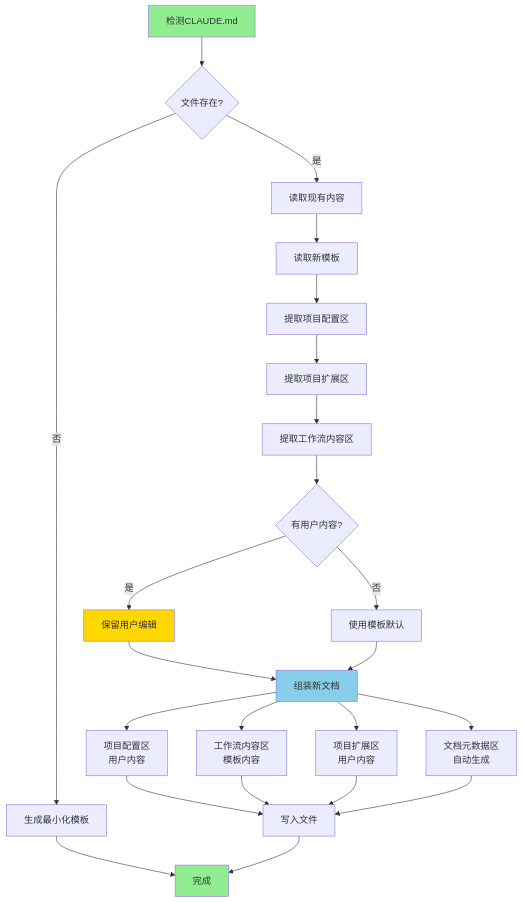
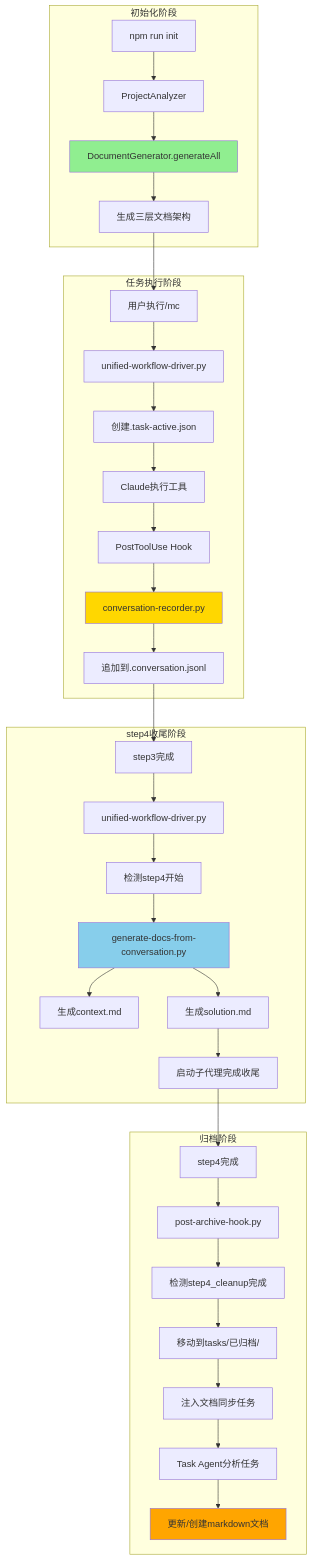
The fourth of 4 diagrams in docs/developer/文档生成器.md (jju666/NeteaseMod-Claude), drawn with Mermaid before and after one commit. The commit also changed other lines of this file and 23 other files, not shown here.

````diff
--- a/docs/developer/文档生成器.md
+++ b/docs/developer/文档生成器.md
@@ -515,39 +520,44 @@
 ```mermaid
 graph TB
-    Start[检测CLAUDE.md] --> Exists{文件存在?}
+    subgraph "初始化阶段"
+        A1[npm run init] --> A2[ProjectAnalyzer]
+        A2 --> A3[DocumentGenerator.generateAll]
+        A3 --> A4[生成三层文档架构]
+    end
 
-    Exists -->|否| GenMinimal[生成最小化模板]
-    GenMinimal --> End[完成]
+    subgraph "任务执行阶段"
+        B1[用户执行/mc] --> B2[unified-workflow-driver.py]
+        B2 --> B3[创建.task-active.json]
+        B3 --> B4[Claude执行工具]
+        B4 --> B5[PostToolUse Hook]
+        B5 --> B6[conversation-recorder.py]
+        B6 --> B7[追加到.conversation.jsonl]
+    end
 
-    Exists -->|是| ReadExisting[读取现有内容]
-    ReadExisting --> ReadTemplate[读取新模板]
+    subgraph "step4收尾阶段"
+        C1[step3完成] --> C2[unified-workflow-driver.py]
+        C2 --> C3[检测step4开始]
+        C3 --> C4[generate-docs-from-conversation.py]
+        C4 --> C5[生成context.md]
+        C4 --> C6[生成solution.md]
+        C6 --> C7[启动子代理完成收尾]
+    end
 
-    ReadTemplate --> Extract1[提取项目配置区]
-    Extract1 --> Extract2[提取项目扩展区]
-    Extract2 --> Extract3[提取工作流内容区]
+    subgraph "归档阶段"
+        D1[step4完成] --> D2[post-archive-hook.py]
+        D2 --> D3[检测step4_cleanup完成]
+        D3 --> D4[移动到tasks/已归档/]
+        D4 --> D5[注入文档同步任务]
+        D5 --> D6[Task Agent分析任务]
+        D6 --> D7[更新/创建markdown文档]
+    end
 
-    Extract3 --> CheckUserContent{有用户内容?}
+    A4 --> B1
+    B7 --> C1
+    C7 --> D1
 
-    CheckUserContent -->|是| KeepUser[保留用户编辑]
-    CheckUserContent -->|否| UseTemplate[使用模板默认]
-
-    KeepUser --> Assemble[组装新文档]
-    UseTemplate --> Assemble
-
-    Assemble --> Section1[项目配置区<br/>用户内容]
-    Assemble --> Section2[工作流内容区<br/>模板内容]
-    Assemble --> Section3[项目扩展区<br/>用户内容]
-    Assemble --> Section4[文档元数据区<br/>自动生成]
-
-    Section1 --> Write[写入文件]
-    Section2 --> Write
-    Section3 --> Write
-    Section4 --> Write
-
-    Write --> End
-
-    style Start fill:#90EE90
-    style End fill:#90EE90
-    style KeepUser fill:#FFD700
-    style Assemble fill:#87CEEB
+    style A3 fill:#90EE90
+    style B6 fill:#FFD700
+    style C4 fill:#87CEEB
+    style D7 fill:#FFA500
 ```
````
